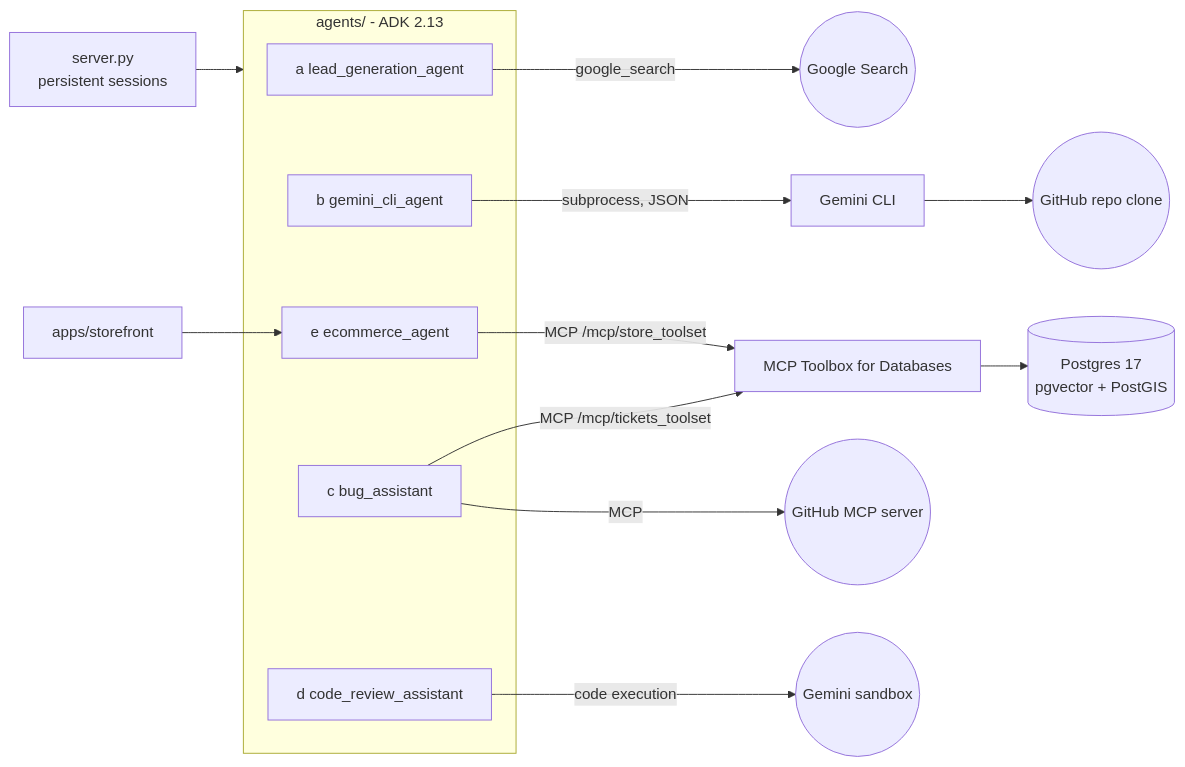
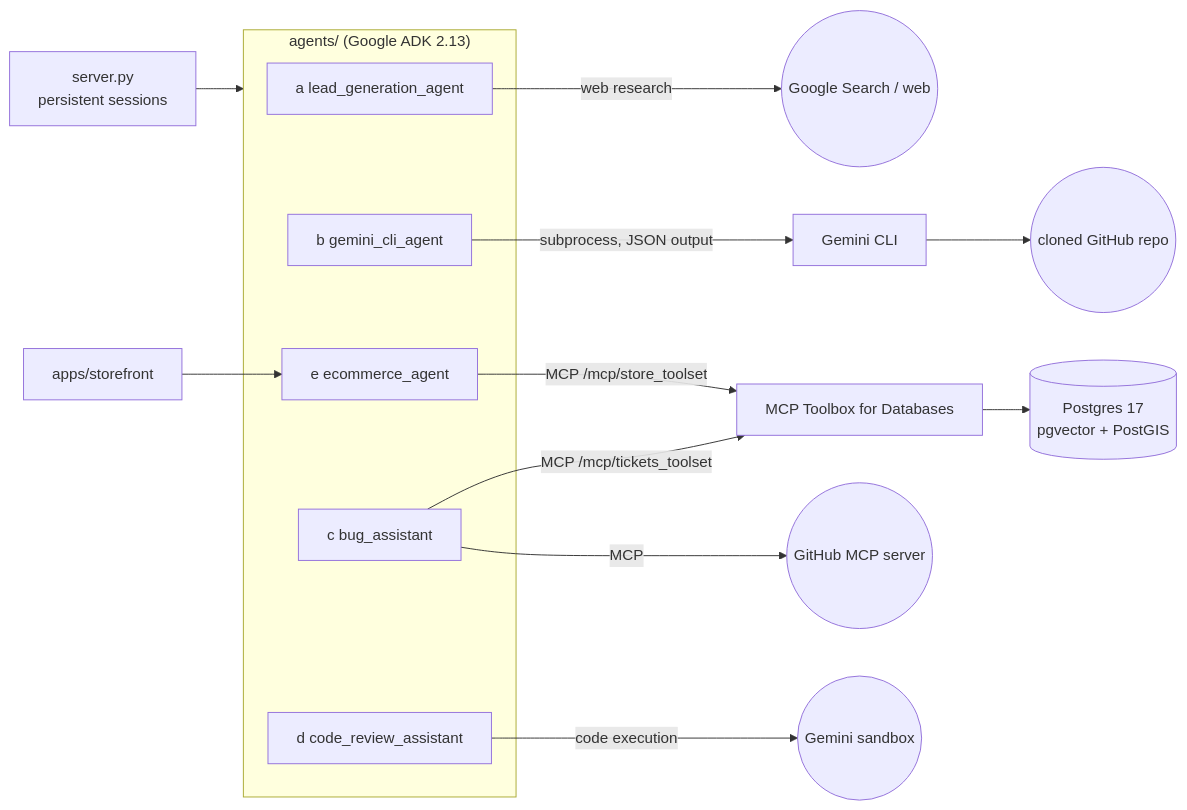
One commit to nitishsancs/adk-agents-assignment3 changed the first of 6 diagrams in README.md. Above: the diagram before and after it, drawn with Mermaid. The commit also changed other lines of this file, not shown here.

````diff
--- a/README.md
+++ b/README.md
@@ -69,19 +80,19 @@
 ```mermaid
 flowchart LR
-    subgraph Agents[agents/ - ADK 2.13]
+    subgraph Agents["agents/ (Google ADK 2.13)"]
       A[a lead_generation_agent]
       B[b gemini_cli_agent]
       C[c bug_assistant]
       D[d code_review_assistant]
       E[e ecommerce_agent]
     end
-    A -->|google_search| WEB((Google Search))
-    B -->|subprocess, JSON| CLI[Gemini CLI] --> GH1((GitHub repo clone))
+    A -->|web research| WEB((Google Search / web))
+    B -->|subprocess, JSON output| CLI[Gemini CLI] --> REPO((cloned GitHub repo))
     C -->|MCP /mcp/tickets_toolset| TB[MCP Toolbox for Databases]
     E -->|MCP /mcp/store_toolset| TB
     C -->|MCP| GHMCP((GitHub MCP server))
     TB --> PG[(Postgres 17<br/>pgvector + PostGIS)]
     D -->|code execution| SANDBOX((Gemini sandbox))
     UI[apps/storefront] --> E
     API[server.py<br/>persistent sessions] --> Agents
 ```
````
